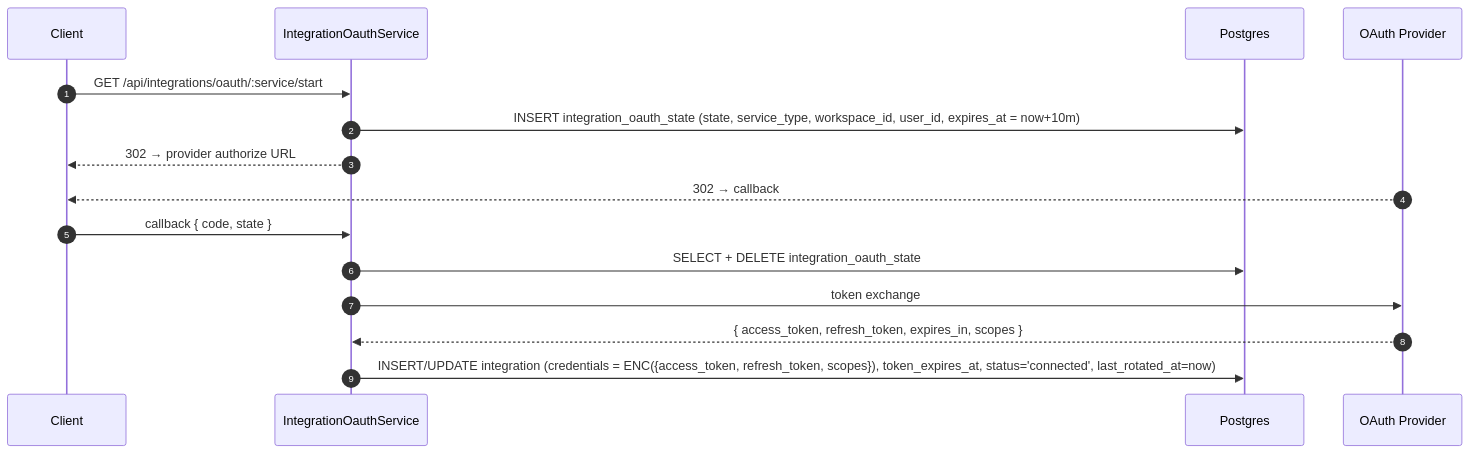
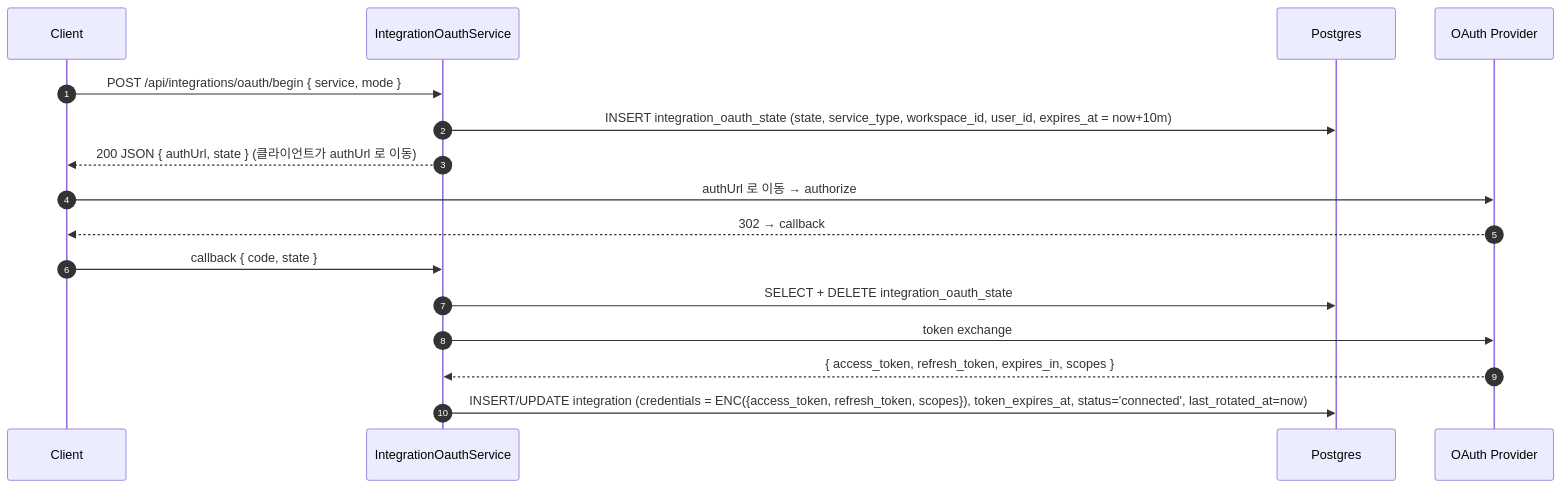
Before and after one commit to worker-ants/clemvion: the second of 6 diagrams in spec/data-flow/5-integration.md, drawn with Mermaid. The commit also changed other lines of this file and 186 other files, not shown here.

````diff
--- a/spec/data-flow/5-integration.md
+++ b/spec/data-flow/5-integration.md
@@ -41,18 +41,19 @@
 ```mermaid
 sequenceDiagram
   autonumber
   participant C as Client
   participant Svc as IntegrationOauthService
   participant PG as Postgres
   participant Prov as OAuth Provider
 
-  C->>Svc: GET /api/integrations/oauth/:service/start
+  C->>Svc: POST /api/integrations/oauth/begin { service, mode }
   Svc->>PG: INSERT integration_oauth_state (state, service_type, workspace_id, user_id, expires_at = now+10m)
-  Svc-->>C: 302 → provider authorize URL
+  Svc-->>C: 200 JSON { authUrl, state } (클라이언트가 authUrl 로 이동)
+  C->>Prov: authUrl 로 이동 → authorize
   Prov-->>C: 302 → callback
   C->>Svc: callback { code, state }
   Svc->>PG: SELECT + DELETE integration_oauth_state
   Svc->>Prov: token exchange
   Prov-->>Svc: { access_token, refresh_token, expires_in, scopes }
   Svc->>PG: INSERT/UPDATE integration (credentials = ENC({access_token, refresh_token, scopes}), token_expires_at, status='connected', last_rotated_at=now)
 ```
````
